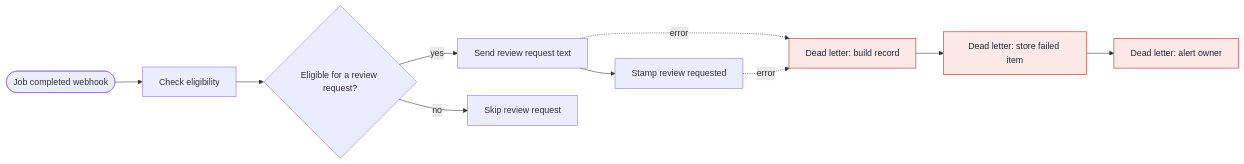
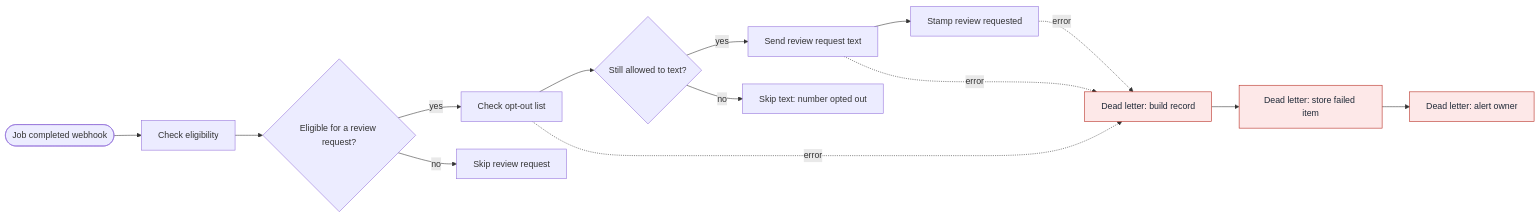
Before and after one commit to midcityhandyman/n8n-workflow-library: the diagram in workflows/05-review-request/README.md, drawn with Mermaid. The commit also changed other lines of this file and 31 other files, not shown here.

First line of the commit message:
Add SMS opt-out handling: STOP workflow, opt-out check and line on every customer text

````diff
--- a/workflows/05-review-request/README.md
+++ b/workflows/05-review-request/README.md
@@ -13,23 +13,30 @@
 ```mermaid
 flowchart LR
     n1(["Job completed webhook"])
     n2["Check eligibility"]
     n3{"Eligible for a review request?"}
-    n4["Send review request text"]
-    n5["Stamp review requested"]
-    n6["Skip review request"]
-    n7["Dead letter: build record"]
-    n8["Dead letter: store failed item"]
-    n9["Dead letter: alert owner"]
+    n4["Check opt-out list"]
+    n5{"Still allowed to text?"}
+    n6["Skip text: number opted out"]
+    n7["Send review request text"]
+    n8["Stamp review requested"]
+    n9["Skip review request"]
+    n10["Dead letter: build record"]
+    n11["Dead letter: store failed item"]
+    n12["Dead letter: alert owner"]
     n1 --> n2
     n2 --> n3
     n3 -- yes --> n4
-    n3 -- no --> n6
+    n3 -- no --> n9
     n4 --> n5
-    n4 -. error .-> n7
-    n5 -. error .-> n7
+    n4 -. error .-> n10
+    n5 -- yes --> n7
+    n5 -- no --> n6
     n7 --> n8
-    n8 --> n9
+    n7 -. error .-> n10
+    n8 -. error .-> n10
+    n10 --> n11
+    n11 --> n12
     classDef dead fill:#fde8e8,stroke:#b42318,color:#1f2937
-    class n7,n8,n9 dead
+    class n10,n11,n12 dead
 ```
````
